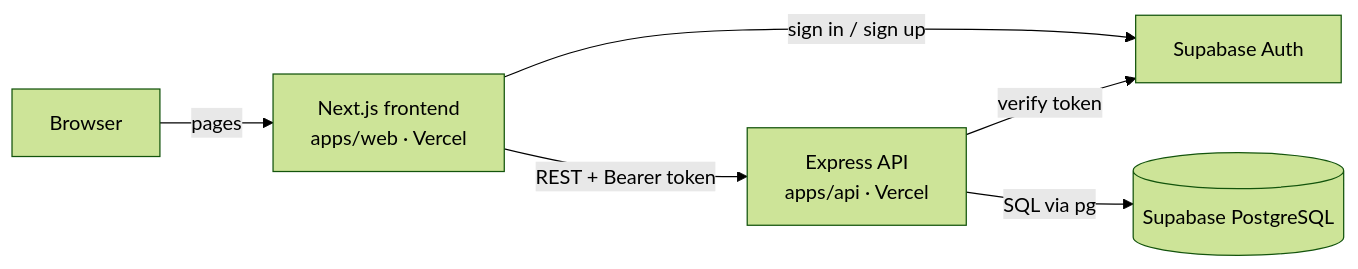
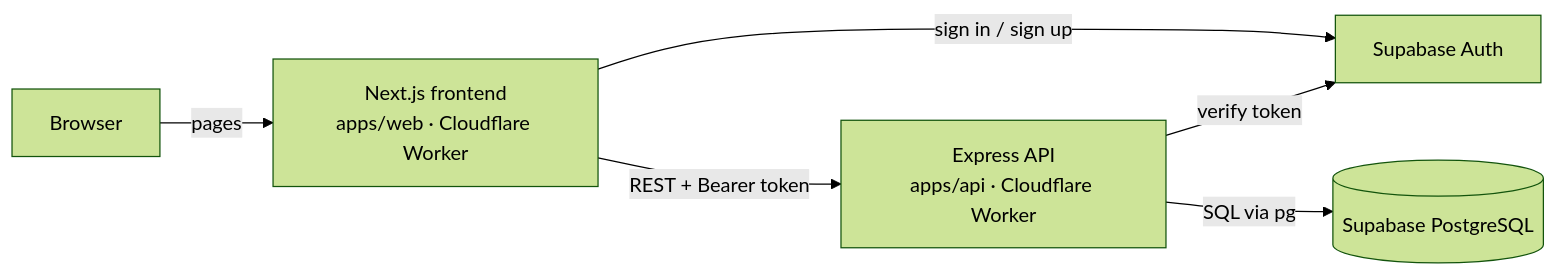
Before and after one commit to Nishant25code/StockLume: the first of 2 diagrams in docs/ARCHITECTURE.md, drawn with Mermaid (forest theme). The commit also changed other lines of this file and 4 other files, not shown here.

````diff
--- a/docs/ARCHITECTURE.md
+++ b/docs/ARCHITECTURE.md
@@ -3,8 +3,8 @@
 ```mermaid
 flowchart LR
-    U[Browser] -->|pages| W[Next.js frontend<br/>apps/web · Vercel]
+    U[Browser] -->|pages| W[Next.js frontend<br/>apps/web · Cloudflare Worker]
     W -->|sign in / sign up| SA[Supabase Auth]
-    W -->|REST + Bearer token| A[Express API<br/>apps/api · Vercel]
+    W -->|REST + Bearer token| A[Express API<br/>apps/api · Cloudflare Worker]
     A -->|verify token| SA
     A -->|SQL via pg| DB[(Supabase PostgreSQL)]
 ```
````
